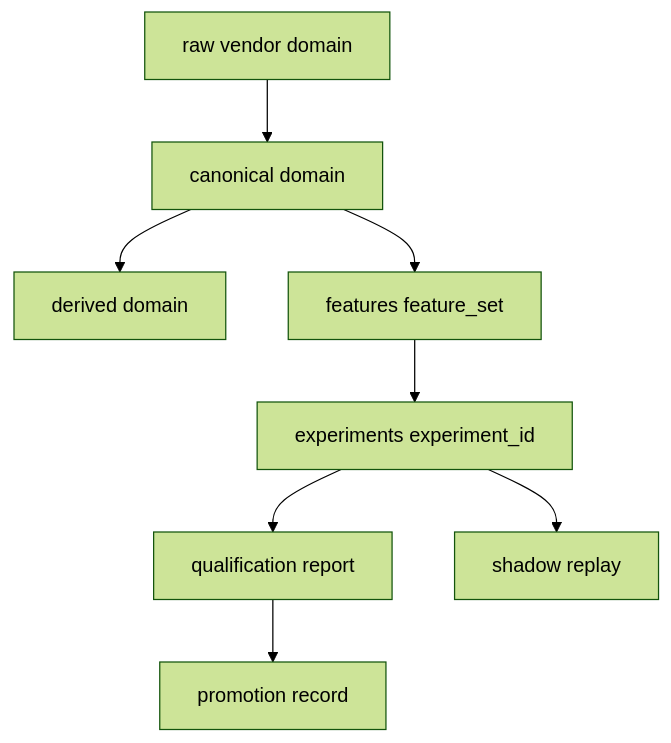
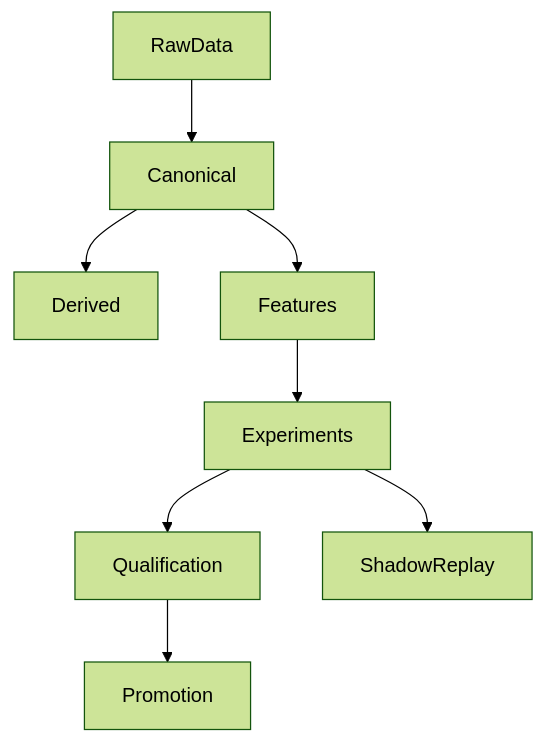
One commit to skyliquid22/Quanto changed the second of 3 diagrams in README.md. Above: the diagram before and after it, drawn with Mermaid (forest theme). The commit also changed other lines of this file, not shown here.

Commit message:
fix: use simplest mermaid syntax

````diff
--- a/README.md
+++ b/README.md
@@ -53,10 +53,10 @@
 ```mermaid
-graph TB
-    RAW[raw vendor domain] --> CAN[canonical domain]
-    CAN --> DER[derived domain]
-    CAN --> FEAT[features feature_set]
-    FEAT --> EXP[experiments experiment_id]
-    EXP --> QUAL[qualification report]
-    QUAL --> PROMO[promotion record]
-    EXP --> SHADOW[shadow replay]
+graph TB;
+    RAW[RawData] --> CAN[Canonical];
+    CAN --> DER[Derived];
+    CAN --> FEAT[Features];
+    FEAT --> EXP[Experiments];
+    EXP --> QUAL[Qualification];
+    QUAL --> PROMO[Promotion];
+    EXP --> SHADOW[ShadowReplay];
 ```
````
